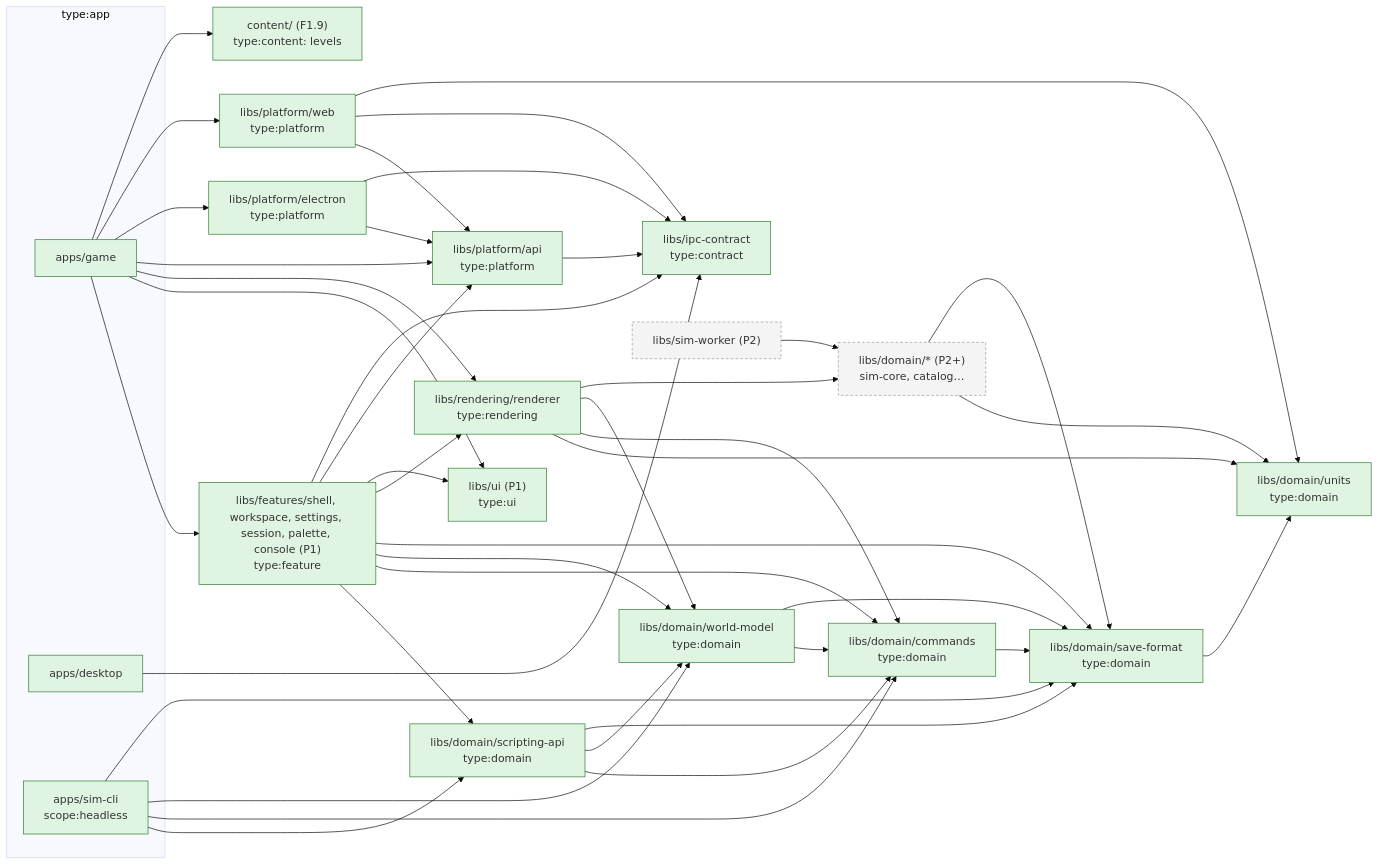
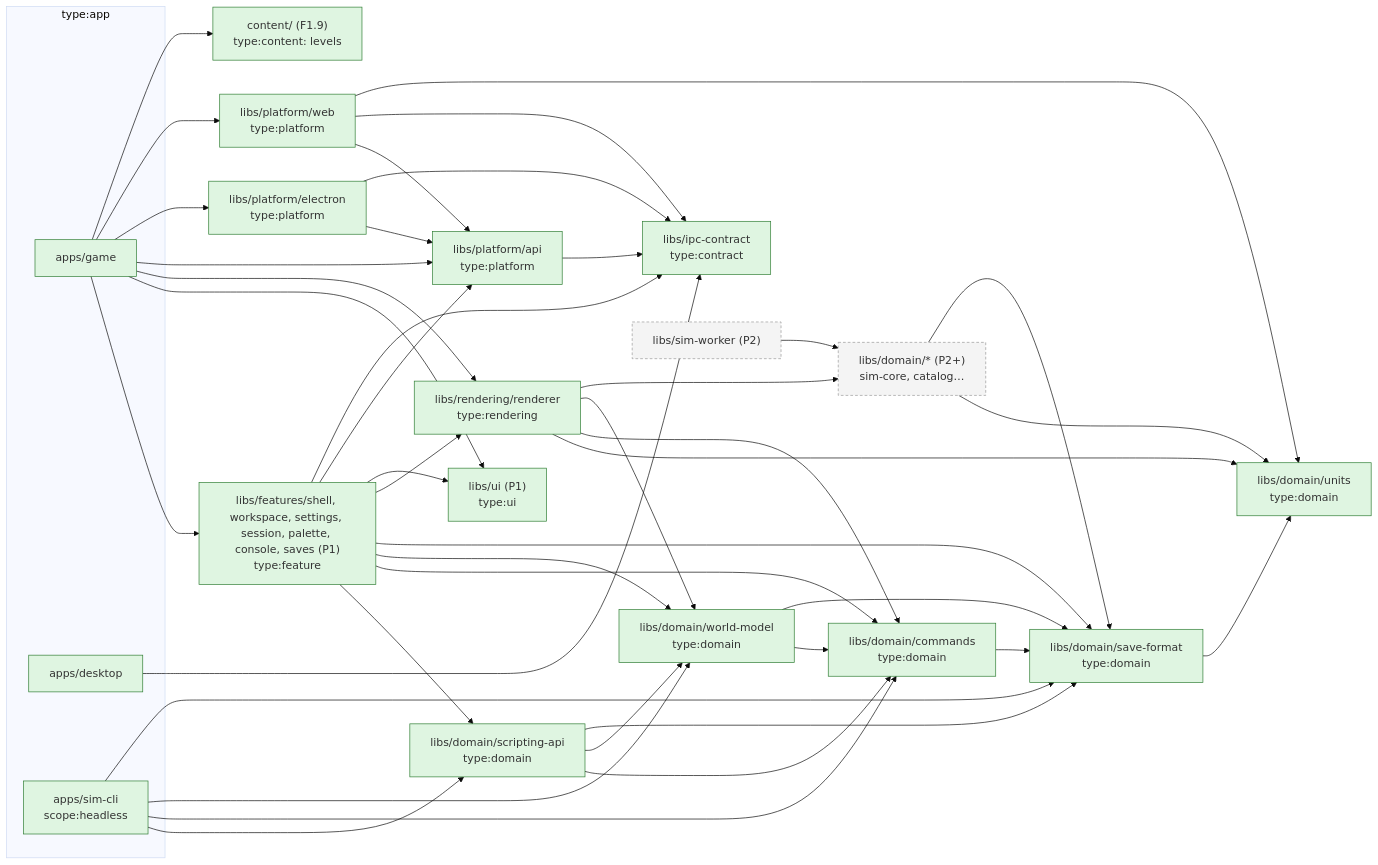
Before and after one commit to joebarbere/controls: the second of 3 diagrams in docs/architecture/overview.md, drawn with Mermaid (base theme). The commit also changed 6 other files, not shown here.

````diff
--- a/docs/architecture/overview.md
+++ b/docs/architecture/overview.md
@@ -72,43 +72,43 @@
 ```mermaid
 flowchart LR
     classDef p0 fill:#dff5e1,stroke:#2e7d32;
     classDef later fill:#f4f4f4,stroke:#999,stroke-dasharray: 4 3;
 
     subgraph apps["type:app"]
         GAME["apps/game"]:::p0
         DESK["apps/desktop"]:::p0
         SIMCLI["apps/sim-cli<br/>scope:headless"]:::p0
     end
 
-    FEAT["libs/features/shell, workspace, settings, session, palette, console (P1)<br/>type:feature"]:::p0
+    FEAT["libs/features/shell, workspace, settings, session, palette, console, saves (P1)<br/>type:feature"]:::p0
     UI["libs/ui (P1)<br/>type:ui"]:::p0
     REND["libs/rendering/renderer<br/>type:rendering"]:::p0
     PAPI["libs/platform/api<br/>type:platform"]:::p0
     PEL["libs/platform/electron<br/>type:platform"]:::p0
     PWEB["libs/platform/web<br/>type:platform"]:::p0
     IPC["libs/ipc-contract<br/>type:contract"]:::p0
     UNITS["libs/domain/units<br/>type:domain"]:::p0
     SF["libs/domain/save-format<br/>type:domain"]:::p0
     CMDS["libs/domain/commands<br/>type:domain"]:::p0
     WM["libs/domain/world-model<br/>type:domain"]:::p0
     SAPI["libs/domain/scripting-api<br/>type:domain"]:::p0
     CONTENT["content/ (F1.9)<br/>type:content: levels"]:::p0
     DOM["libs/domain/* (P2+)<br/>sim-core, catalog…"]:::later
     WORKER["libs/sim-worker (P2)"]:::later
 
     GAME --> FEAT & UI & REND & PAPI & PEL & PWEB & CONTENT
     DESK --> IPC
     SIMCLI --> SAPI & CMDS & WM & SF
     FEAT --> SAPI & CMDS & WM & SF & REND & UI & PAPI & IPC
     REND --> UNITS & CMDS & WM & DOM
     PAPI --> IPC
     PEL --> PAPI & IPC
     PWEB --> PAPI & IPC & UNITS
     WORKER --> DOM
     DOM --> UNITS
     SF --> UNITS
     CMDS --> SF
     WM --> CMDS & SF
     SAPI --> CMDS & WM & SF
     DOM --> SF
 ```
````
